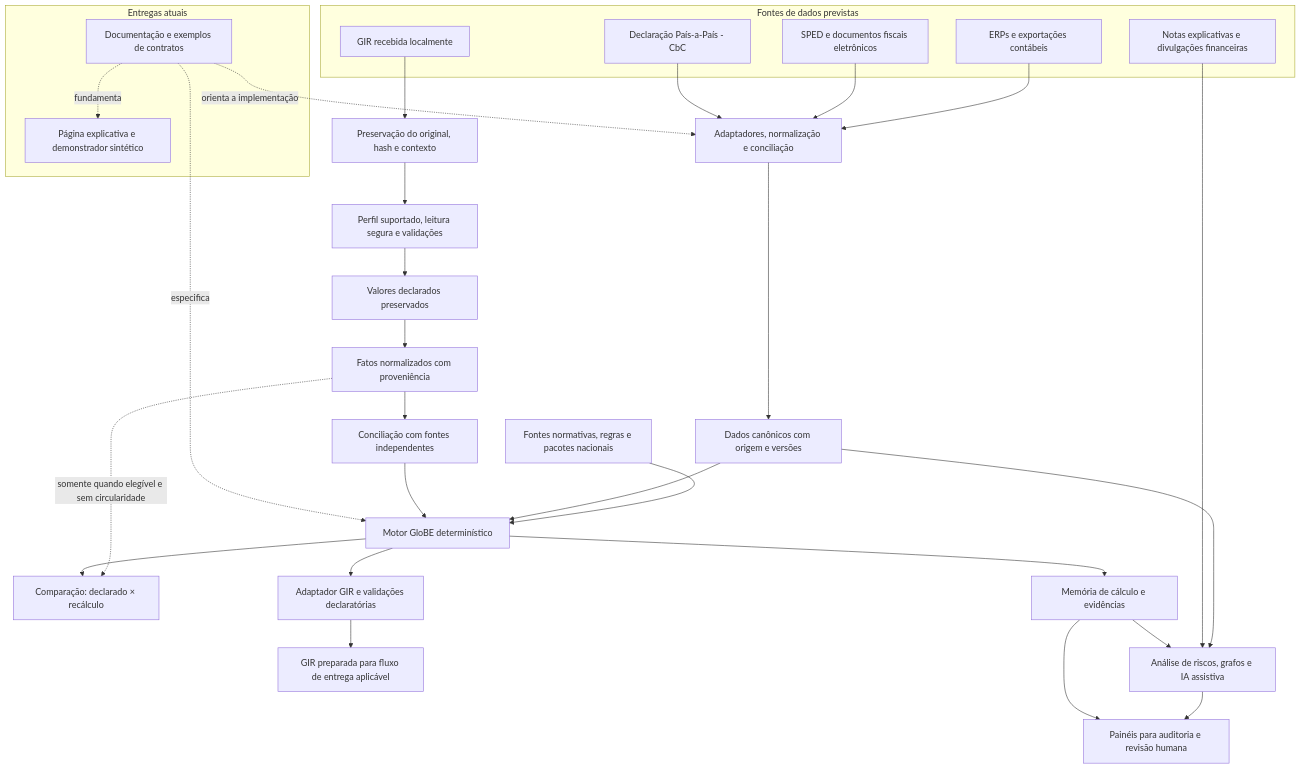
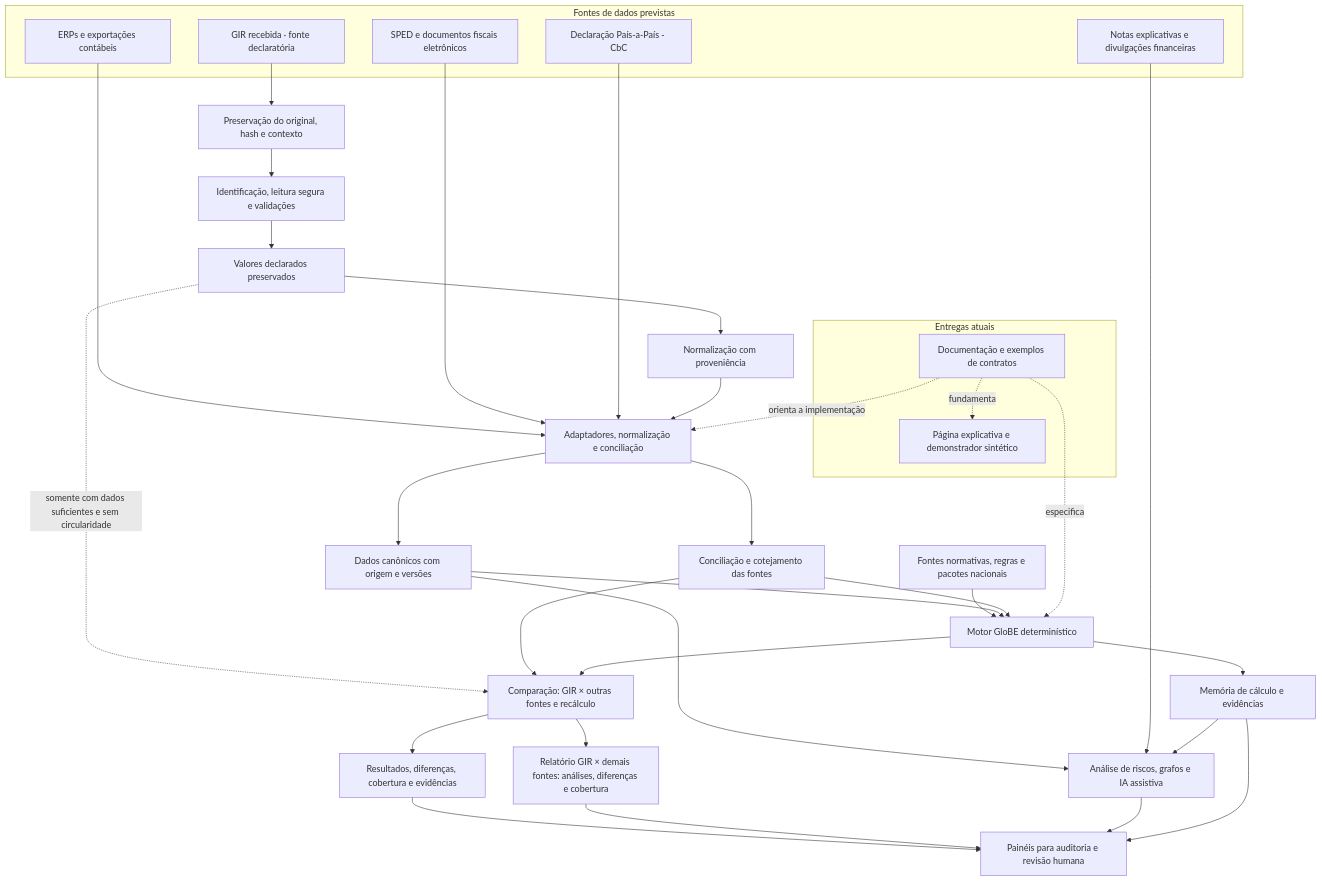
One commit to amarallr/oecd_p2 changed the diagram in README.md. Above: the diagram before and after it, drawn with Mermaid. The commit also changed other lines of this file and 33 other files, not shown here.

Commit message:
Corrige GIR para análise comparativa e docs bilíngues

````diff
--- a/README.md
+++ b/README.md
@@ -58,39 +60,43 @@
 ```mermaid
 flowchart TD
   subgraph Entradas[Fontes de dados previstas]
     ERP[ERPs e exportações contábeis]
     SPED[SPED e documentos fiscais eletrônicos]
     CBC[Declaração País-a-País - CbC]
     DOC[Notas explicativas e divulgações financeiras]
-    GIRIN[GIR recebida localmente]
+  GIRIN[GIR recebida · fonte declaratória]
   end
   ERP --> DADOS[Adaptadores, normalização e conciliação]
   SPED --> DADOS
   CBC --> DADOS
   DADOS --> BASE[Dados canônicos com origem e versões]
   GIRIN --> PRESERVA[Preservação do original, hash e contexto]
-  PRESERVA --> INGESTAO[Perfil suportado, leitura segura e validações]
+  PRESERVA --> INGESTAO[Identificação, leitura segura e validações]
   INGESTAO --> DECL[Valores declarados preservados]
-  DECL --> NORM[Fatos normalizados com proveniência]
-  NORM --> CRUZ[Conciliação com fontes independentes]
+  DECL --> NORM[Normalização com proveniência]
+  NORM --> DADOS
+  DADOS --> CRUZ[Conciliação e cotejamento das fontes]
   REGRAS[Fontes normativas, regras e pacotes nacionais] --> MOTOR[Motor GloBE determinístico]
   BASE --> MOTOR
   CRUZ --> MOTOR
-  NORM -. somente quando elegível e sem circularidade .-> COMP[Comparação: declarado × recálculo]
+  DECL -. somente com dados suficientes e sem circularidade .-> COMP[Comparação: GIR × outras fontes e recálculo]
+  CRUZ --> COMP
   MOTOR --> COMP
+  COMP --> RESULT[Resultados, diferenças, cobertura e evidências]
+  RESULT --> PAINEL[Painéis para revisão humana]
   MOTOR --> MEM[Memória de cálculo e evidências]
-  MOTOR --> GIR[Adaptador GIR e validações declaratórias]
-  GIR --> SAIDA[GIR preparada para fluxo de entrega aplicável]
+  COMP --> REL[Relatório GIR × demais fontes: análises, diferenças e cobertura]
+  REL --> PAINEL[Painéis para revisão humana]
   BASE --> RISCO[Análise de riscos, grafos e IA assistiva]
   DOC --> RISCO
   MEM --> RISCO
   RISCO --> PAINEL[Painéis para auditoria e revisão humana]
   MEM --> PAINEL
   subgraph Atual[Entregas atuais]
     CONCEPCAO[Documentação e exemplos de contratos]
     SITE[Página explicativa e demonstrador sintético]
   end
   CONCEPCAO -. orienta a implementação .-> DADOS
   CONCEPCAO -. especifica .-> MOTOR
   CONCEPCAO -. fundamenta .-> SITE
 ```
````
